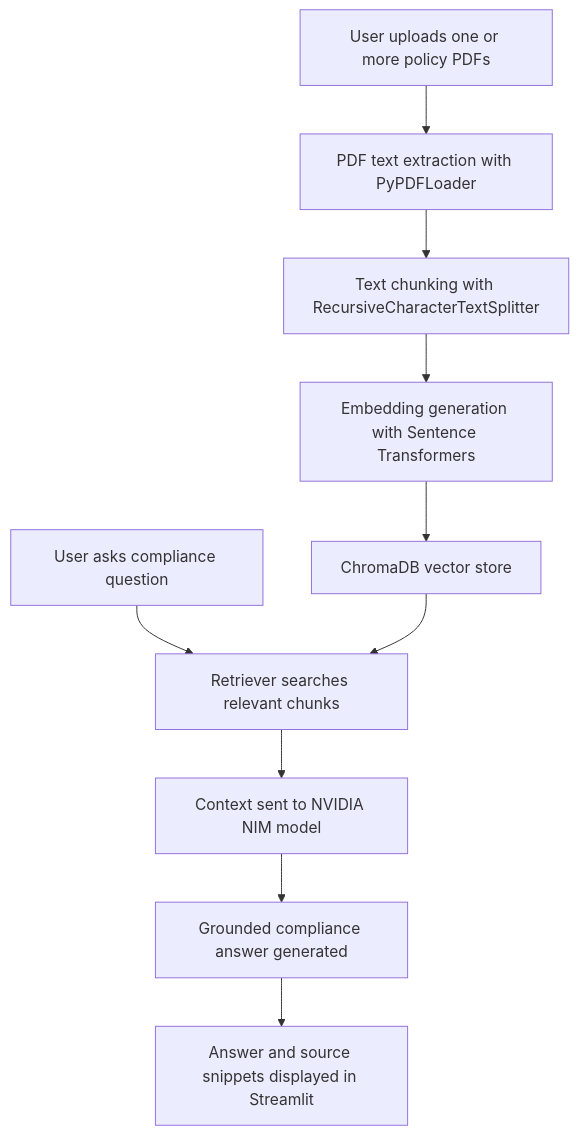
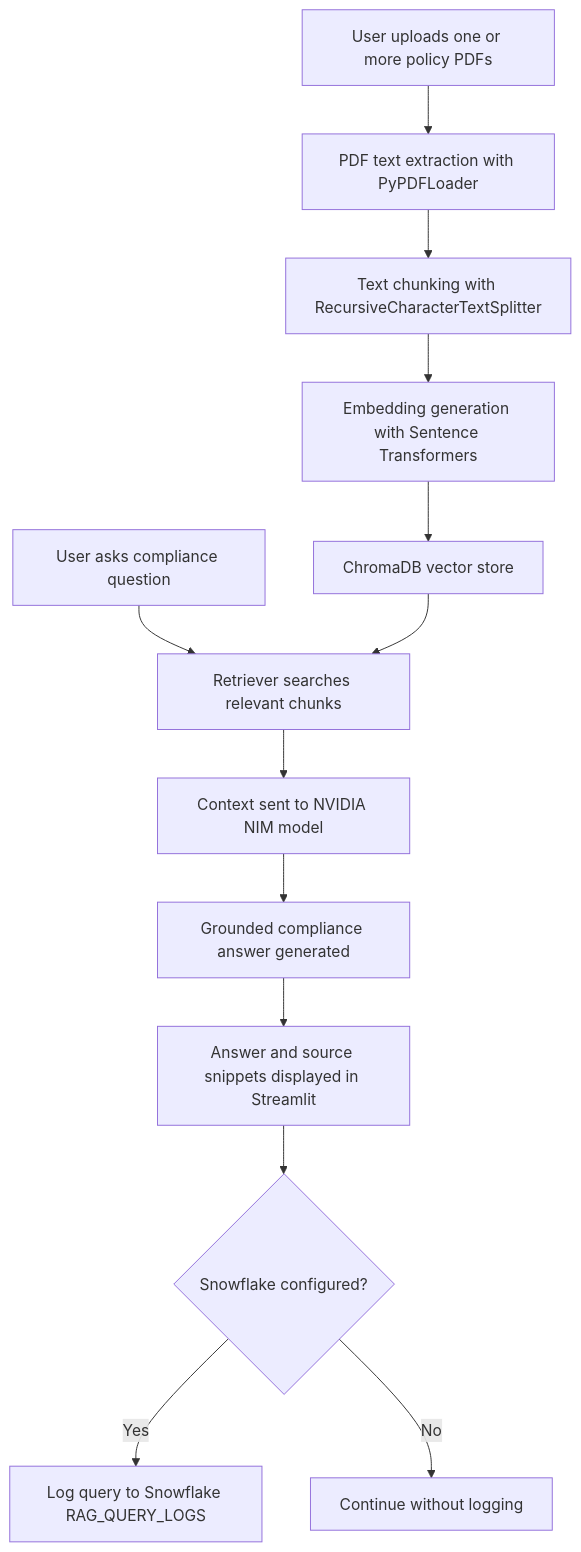
Before and after one commit to Busayosage/enterprise-policy-compliance-auditor: the diagram in README.md, drawn with Mermaid. The commit also changed other lines of this file and 4 other files, not shown here.

Commit message:
Add optional Snowflake audit logging layer

````diff
--- a/README.md
+++ b/README.md
@@ -39,12 +40,15 @@
 ```mermaid
 flowchart TD
     A[User uploads one or more policy PDFs] --> B[PDF text extraction with PyPDFLoader]
     B --> C[Text chunking with RecursiveCharacterTextSplitter]
     C --> D[Embedding generation with Sentence Transformers]
     D --> E[ChromaDB vector store]
     F[User asks compliance question] --> G[Retriever searches relevant chunks]
     E --> G
     G --> H[Context sent to NVIDIA NIM model]
     H --> I[Grounded compliance answer generated]
     I --> J[Answer and source snippets displayed in Streamlit]
+    J --> K{Snowflake configured?}
+    K -- Yes --> L[Log query to Snowflake RAG_QUERY_LOGS]
+    K -- No --> M[Continue without logging]
 ```
````
